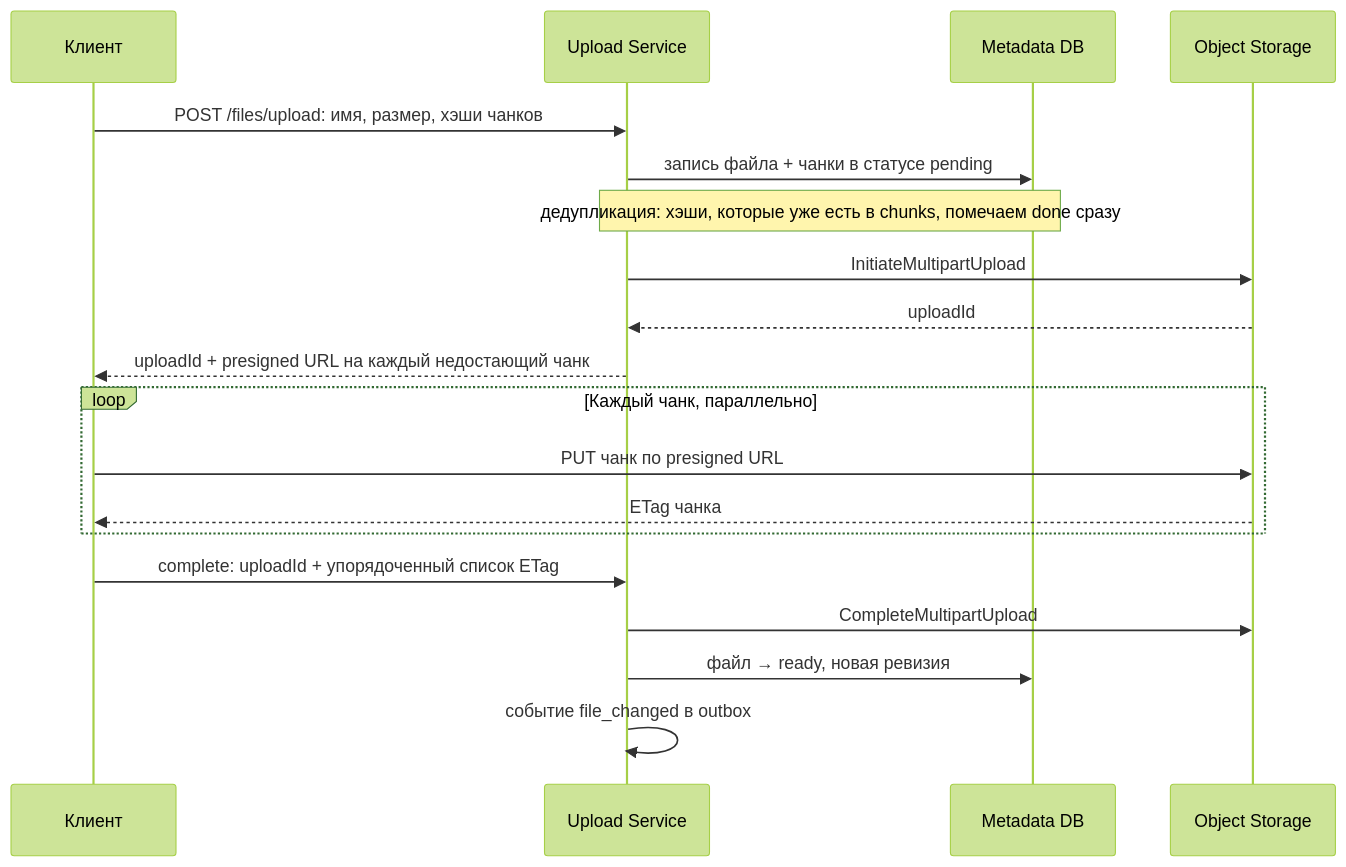
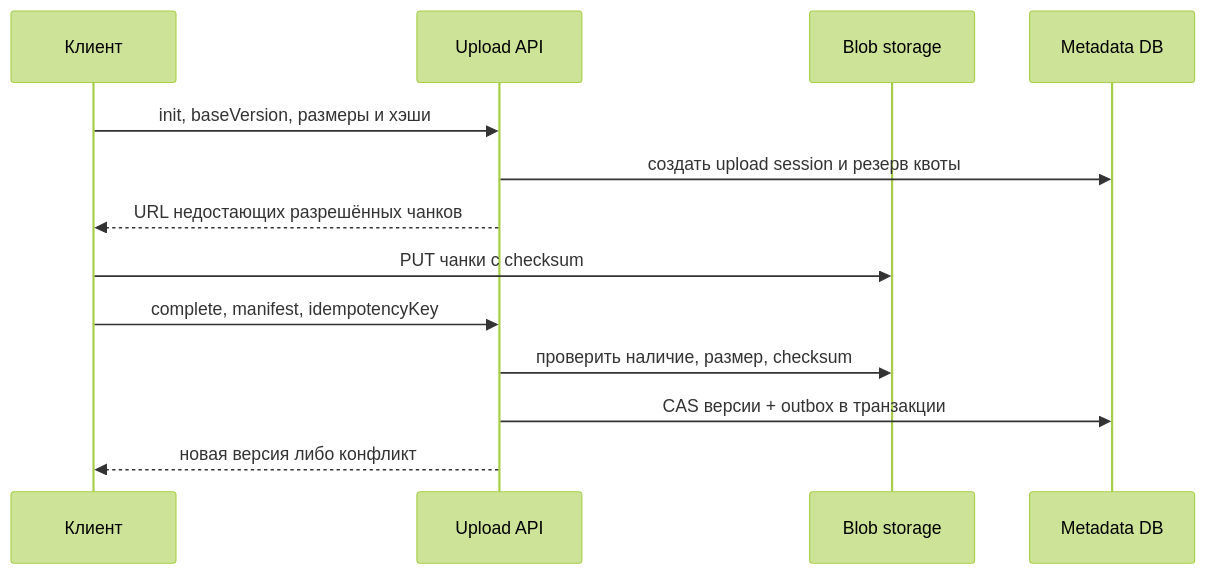
Before and after one commit to AlohaJava/system-design-interview-chamkin: the third of 6 diagrams in 02-case-studies/file-storage.md, drawn with Mermaid (forest theme). The commit also changed other lines of this file and 49 other files, not shown here.

````diff
--- a/02-case-studies/file-storage.md
+++ b/02-case-studies/file-storage.md
@@ -286,22 +269,15 @@
 ```mermaid
 sequenceDiagram
     participant C as Клиент
-    participant A as Upload Service
+    participant A as Upload API
+    participant S as Blob storage
     participant M as Metadata DB
-    participant S as Object Storage
-
-    C->>A: POST /files/upload: имя, размер, хэши чанков
-    A->>M: запись файла + чанки в статусе pending
-    Note over A,M: дедупликация: хэши, которые уже есть в chunks, помечаем done сразу
-    A->>S: InitiateMultipartUpload
-    S-->>A: uploadId
-    A-->>C: uploadId + presigned URL на каждый недостающий чанк
-    loop Каждый чанк, параллельно
-        C->>S: PUT чанк по presigned URL
-        S-->>C: ETag чанка
-    end
-    C->>A: complete: uploadId + упорядоченный список ETag
-    A->>S: CompleteMultipartUpload
-    A->>M: файл → ready, новая ревизия
-    A->>A: событие file_changed в outbox
+    C->>A: init, baseVersion, размеры и хэши
+    A->>M: создать upload session и резерв квоты
+    A-->>C: URL недостающих разрешённых чанков
+    C->>S: PUT чанки с checksum
+    C->>A: complete, manifest, idempotencyKey
+    A->>S: проверить наличие, размер, checksum
+    A->>M: CAS версии + outbox в транзакции
+    A-->>C: новая версия либо конфликт
 ```
````
